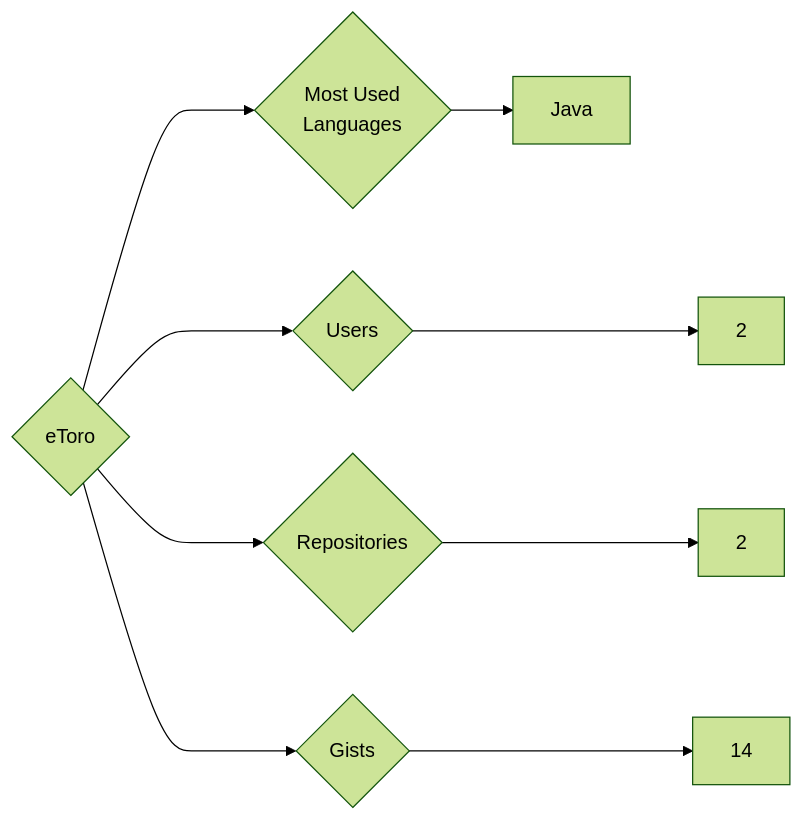
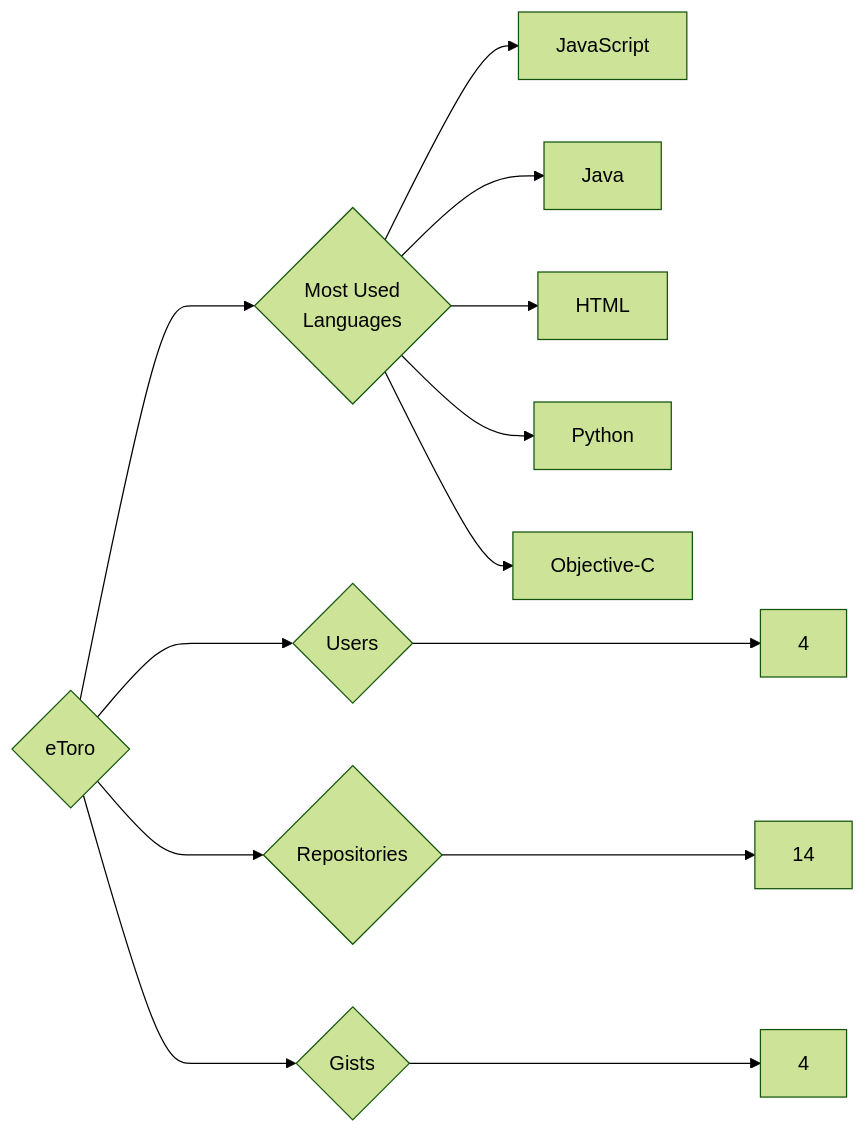
Before and after one commit to trickest/insiders: the diagram in targets/eToro/README.md, drawn with Mermaid (forest theme). The commit also changed 1003 other files, not shown here.

````diff
--- a/targets/eToro/README.md
+++ b/targets/eToro/README.md
@@ -3,9 +3,13 @@
 ```mermaid
 graph LR
 COMPANY_NAME{eToro}
-COMPANY_NAME ---> U{Users} ---> UN[2]
-COMPANY_NAME ---> R{Repositories} ---> RN[2]
-COMPANY_NAME ---> G{Gists} ---> GN[14]
+COMPANY_NAME ---> U{Users} ---> UN[4]
+COMPANY_NAME ---> R{Repositories} ---> RN[14]
+COMPANY_NAME ---> G{Gists} ---> GN[4]
 COMPANY_NAME ---> ML{Most Used<br>Languages}
+ML --> JavaScript[JavaScript]
 ML --> Java[Java]
+ML --> HTML[HTML]
+ML --> Python[Python]
+ML --> Objective-C[Objective-C]
 ```
````
